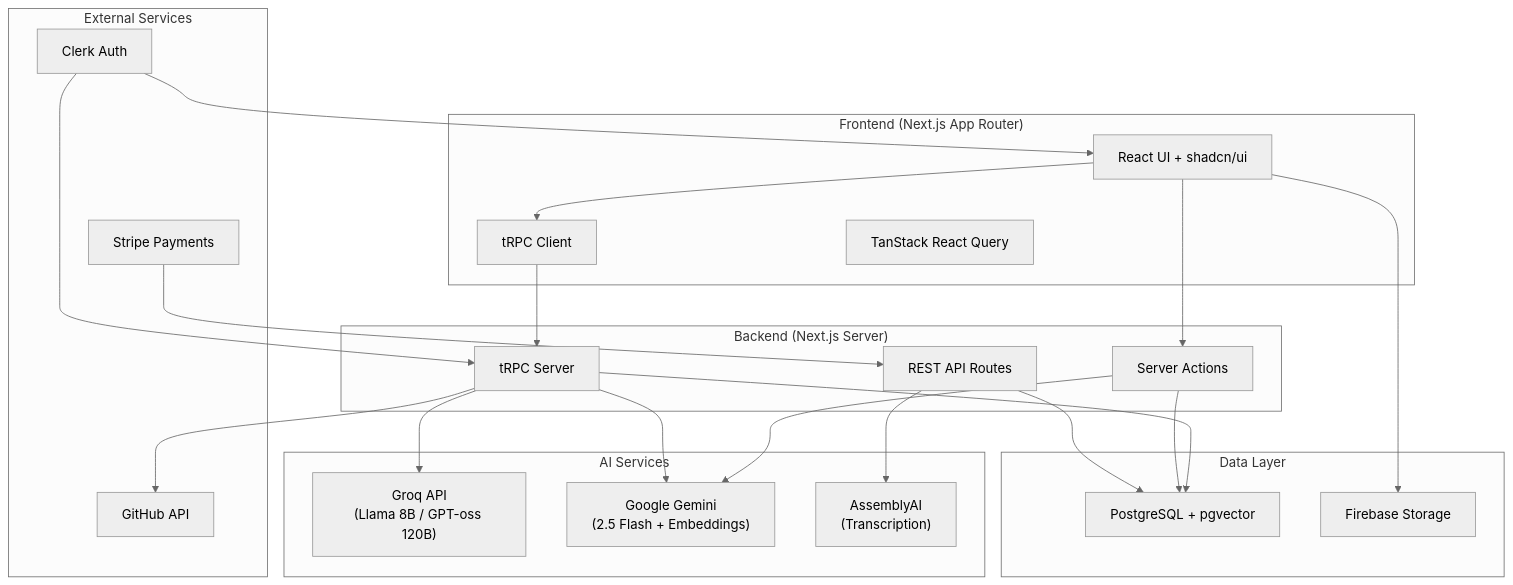
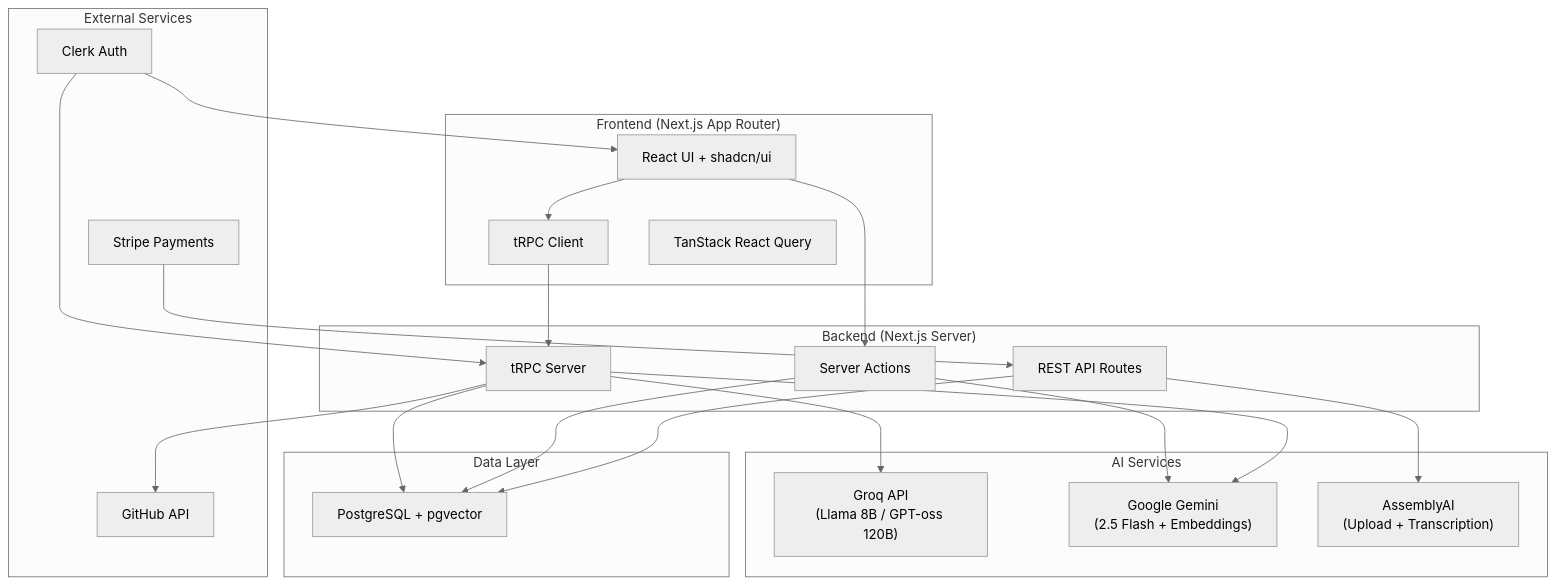
The first of 2 diagrams in README.md (SplinterSword/octogen), drawn with Mermaid (neutral theme) before and after one commit. The commit also changed other lines of this file and 6 other files, not shown here.

First line of the commit message:
feat(meeting): replace Firebase with AssemblyAI direct upload, fix detail page and card

````diff
--- a/README.md
+++ b/README.md
@@ -71,44 +68,42 @@
 ```mermaid
 flowchart TB
     subgraph Client["Frontend (Next.js App Router)"]
         UI["React UI + shadcn/ui"]
         TRPC_C["tRPC Client"]
         RQ["TanStack React Query"]
     end
 
     subgraph Server["Backend (Next.js Server)"]
         TRPC_S["tRPC Server"]
         SA["Server Actions"]
         API["REST API Routes"]
     end
 
     subgraph AI["AI Services"]
         Groq["Groq API\n(Llama 8B / GPT-oss 120B)"]
         Gemini["Google Gemini\n(2.5 Flash + Embeddings)"]
-        Assembly["AssemblyAI\n(Transcription)"]
+        Assembly["AssemblyAI\n(Upload + Transcription)"]
     end
 
     subgraph Data["Data Layer"]
         PG["PostgreSQL + pgvector"]
-        Firebase["Firebase Storage"]
     end
 
     subgraph External["External Services"]
         GH["GitHub API"]
         Clerk["Clerk Auth"]
         Stripe["Stripe Payments"]
     end
 
     UI --> TRPC_C --> TRPC_S --> PG
     UI --> SA --> Gemini
     SA --> PG
     API --> Assembly
     API --> PG
     TRPC_S --> GH
     TRPC_S --> Gemini
     TRPC_S --> Groq
-    UI --> Firebase
     Clerk --> UI
     Clerk --> TRPC_S
     Stripe --> API
 ```
````
